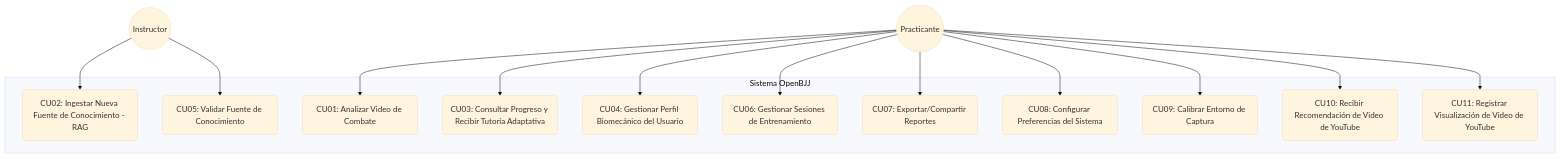
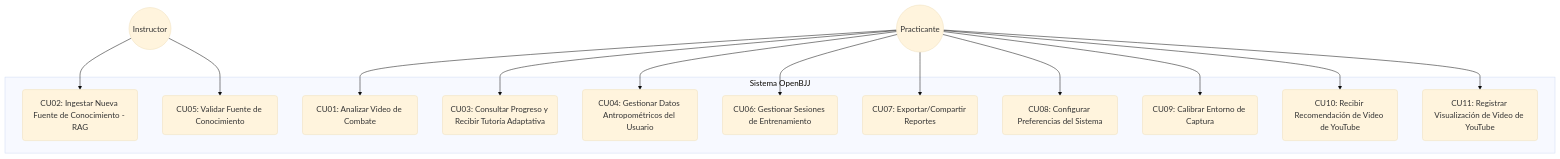
Before and after one commit to Tsmrain/Documentacion: the second of 11 diagrams in README.md, drawn with Mermaid (base theme). The commit also changed other lines of this file, not shown here.

Commit message:
docs: refine documentation to clarify RAG implementation, pedagogy, and system architecture for OpenBJJ

````diff
--- a/README.md
+++ b/README.md
@@ -585,32 +574,32 @@
 ```mermaid
 flowchart TD
     Practicante((Practicante))
     Instructor((Instructor))
     
     subgraph "Sistema OpenBJJ"
         CU01(CU01: Analizar Video de Combate)
         CU02(CU02: Ingestar Nueva Fuente de Conocimiento - RAG)
         CU03(CU03: Consultar Progreso y Recibir Tutoría Adaptativa)
-        CU04(CU04: Gestionar Perfil Biomecánico del Usuario)
+        CU04(CU04: Gestionar Datos Antropométricos del Usuario)
         CU05(CU05: Validar Fuente de Conocimiento)
         CU06(CU06: Gestionar Sesiones de Entrenamiento)
         CU07(CU07: Exportar/Compartir Reportes)
         CU08(CU08: Configurar Preferencias del Sistema)
         CU09(CU09: Calibrar Entorno de Captura)
         CU10(CU10: Recibir Recomendación de Video de YouTube)
         CU11(CU11: Registrar Visualización de Video de YouTube)
     end
     
     Practicante --> CU01
     Practicante --> CU03
     Practicante --> CU04
     Practicante --> CU06
     Practicante --> CU07
     Practicante --> CU08
     Practicante --> CU09
     Practicante --> CU10
     Practicante --> CU11
     
     Instructor --> CU02
     Instructor --> CU05
 ```
````
